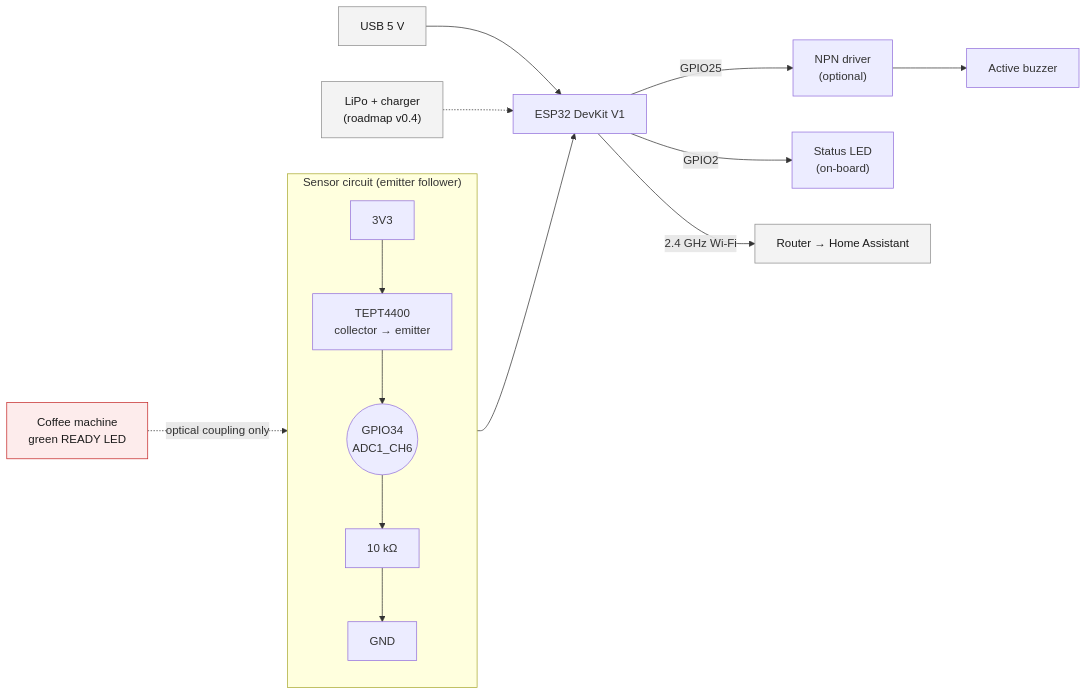
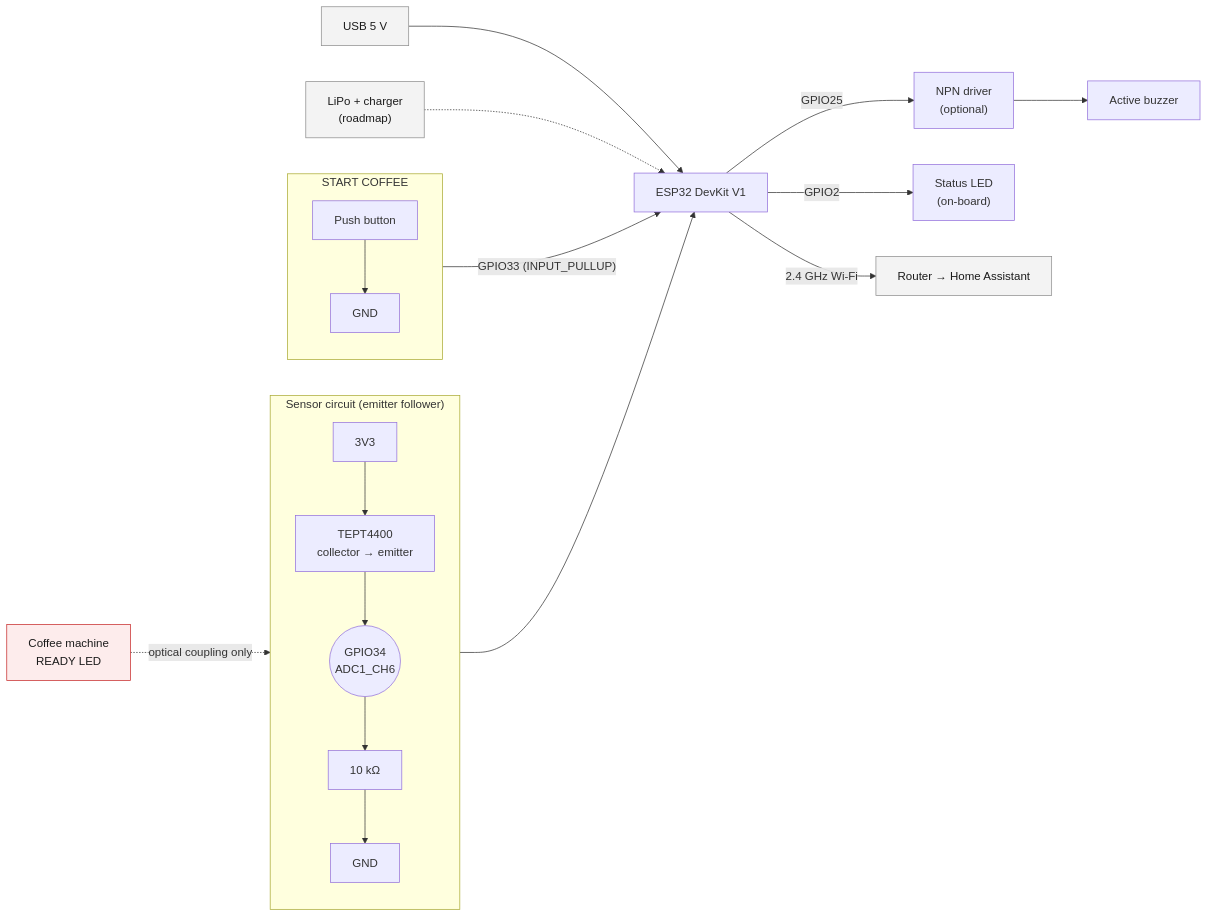
One commit to Amad3eu/coffeereadyindicator changed the diagram in docs/diagrams/hardware-flow.mmd. Above: the diagram before and after it, drawn with Mermaid. The commit also changed 80 other files, not shown here.

First line of the commit message:
feat: brew sessions opened by a START button (green light alone is not coffee) (#6)

```diff
--- a/docs/diagrams/hardware-flow.mmd
+++ b/docs/diagrams/hardware-flow.mmd
@@ -1,24 +1,30 @@
 %% Hardware signal flow and wiring overview (docs/hardware/wiring.md).
 flowchart LR
-    MACHINE["Coffee machine<br/>green READY LED"] -. "optical coupling only" .-> PT
+    MACHINE["Coffee machine<br/>READY LED"] -. "optical coupling only" .-> PT
 
     subgraph sensor["Sensor circuit (emitter follower)"]
         direction TB
         V33["3V3"] --> PT["TEPT4400<br/>collector → emitter"]
         PT --> NODE(("GPIO34<br/>ADC1_CH6"))
         NODE --> R1["10 kΩ"] --> GND1["GND"]
     end
 
+    subgraph button["START COFFEE"]
+        direction TB
+        BTN["Push button"] --> GND2["GND"]
+    end
+
     NODE --> ESP["ESP32 DevKit V1"]
+    BTN -- "GPIO33 (INPUT_PULLUP)" --> ESP
 
     ESP -- "GPIO25" --> DRV["NPN driver<br/>(optional)"] --> BUZZER["Active buzzer"]
     ESP -- "GPIO2" --> LED["Status LED<br/>(on-board)"]
     ESP -- "2.4 GHz Wi-Fi" --> ROUTER["Router → Home Assistant"]
 
     USB["USB 5 V"] --> ESP
-    BATTERY["LiPo + charger<br/>(roadmap v0.4)"] -.-> ESP
+    BATTERY["LiPo + charger<br/>(roadmap)"] -.-> ESP
 
     classDef ext fill:#f3f3f3,stroke:#8d8d8d,color:#1b1b1b;
     classDef warn fill:#fdecec,stroke:#c62828,color:#1b1b1b;
     class MACHINE warn;
     class ROUTER,USB,BATTERY ext;
```
